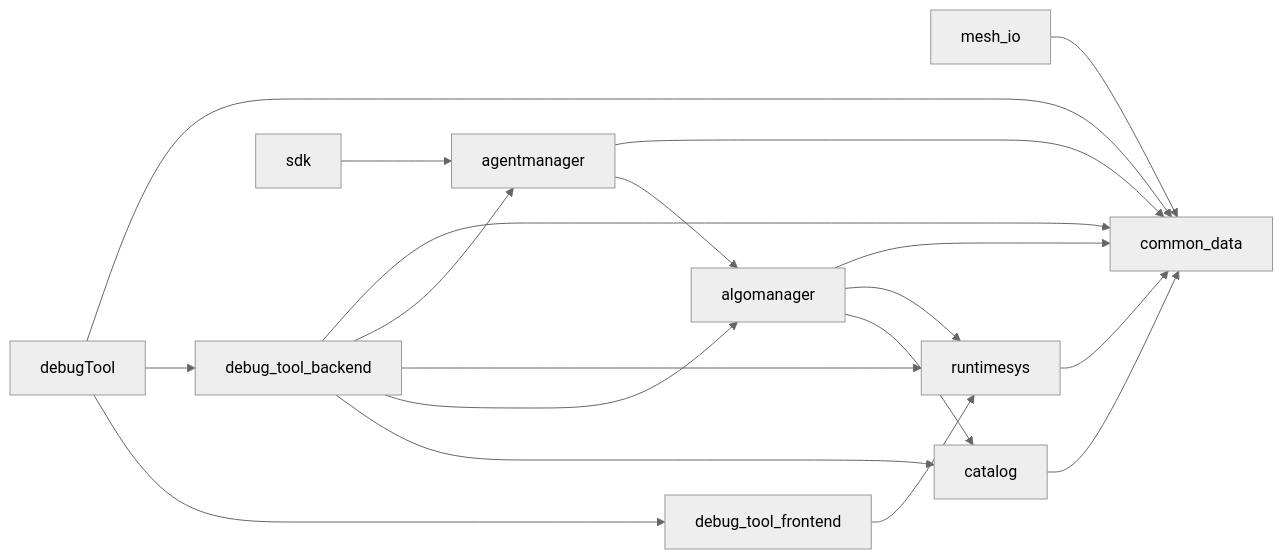
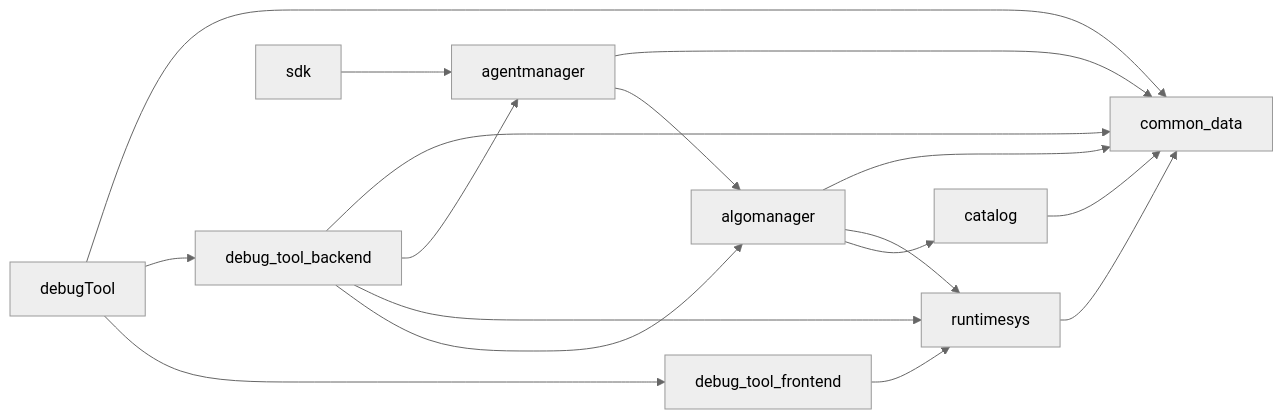
The first of 2 diagrams in doc/layerReadme.md (AnonKimous/AlgoForge_Studio), drawn with Mermaid (neutral theme) before and after one commit. The commit also changed other lines of this file and 82 other files, not shown here.

````diff
--- a/doc/layerReadme.md
+++ b/doc/layerReadme.md
@@ -49,21 +47,19 @@
 ```mermaid
 graph LR
-  mesh_io --> common_data
   runtimesys --> common_data
   catalog --> common_data
   algomanager --> common_data
   algomanager --> runtimesys
   algomanager --> catalog
   agentmanager --> common_data
   agentmanager --> algomanager
   debug_tool_backend --> common_data
   debug_tool_backend --> agentmanager
   debug_tool_backend --> runtimesys
   debug_tool_backend --> algomanager
-  debug_tool_backend --> catalog
   debug_tool_frontend --> runtimesys
   sdk --> agentmanager
   debugTool --> common_data
   debugTool --> debug_tool_backend
   debugTool --> debug_tool_frontend
 ```
````
